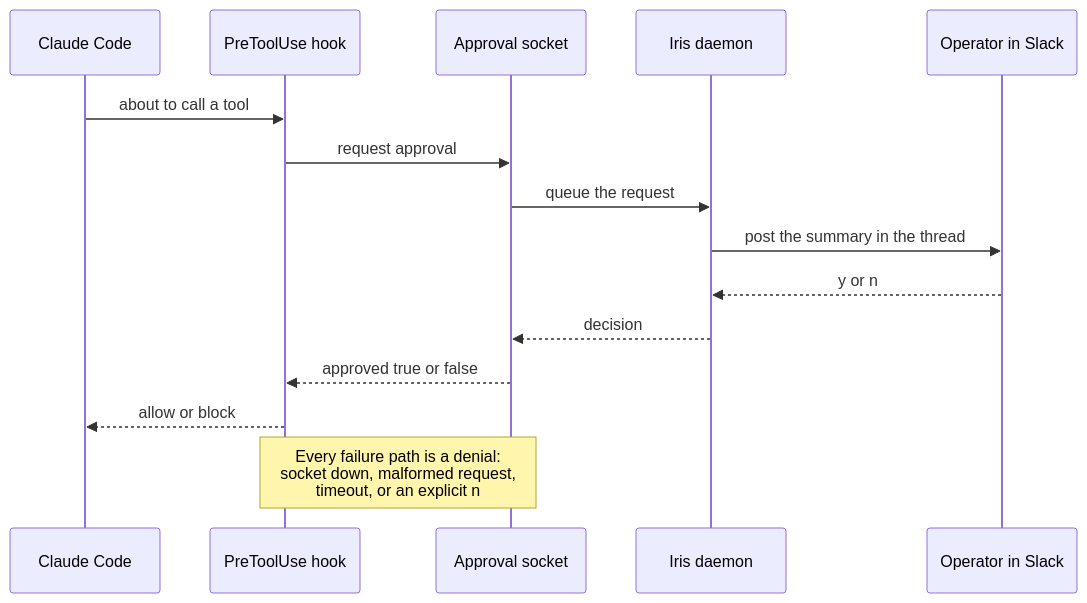
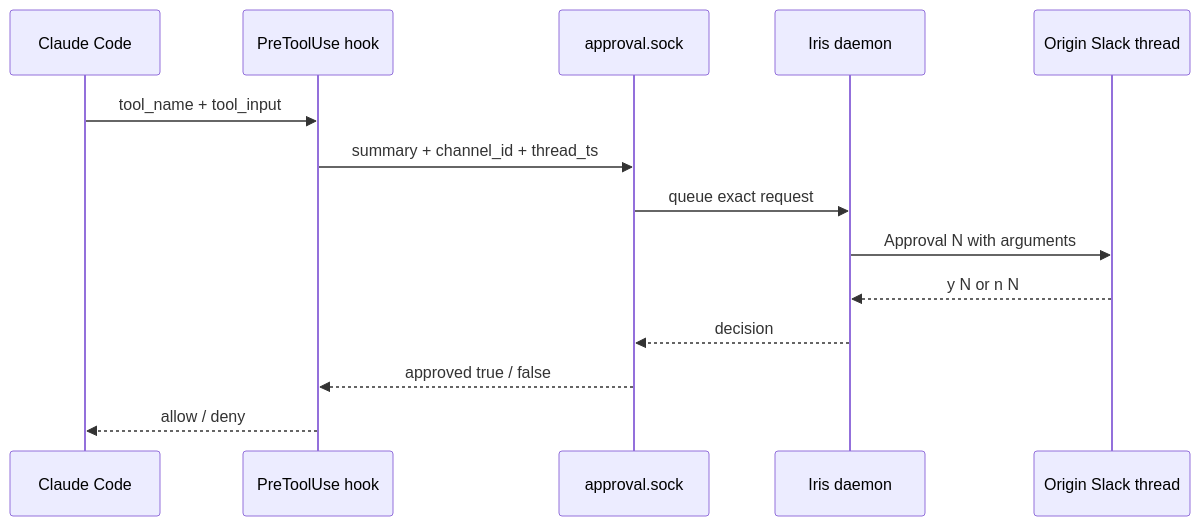
The fourth of 4 diagrams in docs/ARCHITECTURE.md (randyren278/iris), drawn with Mermaid before and after one commit. The commit also changed other lines of this file, not shown here.

````diff
--- a/docs/ARCHITECTURE.md
+++ b/docs/ARCHITECTURE.md
@@ -149,19 +126,17 @@
 ```mermaid
 sequenceDiagram
     participant CC as Claude Code
     participant Hook as PreToolUse hook
-    participant Sock as Approval socket
+    participant Sock as approval.sock
     participant Iris as Iris daemon
-    participant Op as Operator in Slack
+    participant Slack as Origin Slack thread
 
-    CC->>Hook: about to call a tool
-    Hook->>Sock: request approval
-    Sock->>Iris: queue the request
-    Iris->>Op: post the summary in the thread
-    Op-->>Iris: y or n
+    CC->>Hook: tool_name + tool_input
+    Hook->>Sock: summary + channel_id + thread_ts
+    Sock->>Iris: queue exact request
+    Iris->>Slack: Approval N with arguments
+    Slack-->>Iris: y N or n N
     Iris-->>Sock: decision
-    Sock-->>Hook: approved true or false
-    Hook-->>CC: allow or block
-
-    Note over Hook,Sock: Every failure path is a denial:<br/>socket down, malformed request,<br/>timeout, or an explicit n
+    Sock-->>Hook: approved true / false
+    Hook-->>CC: allow / deny
 ```
````
